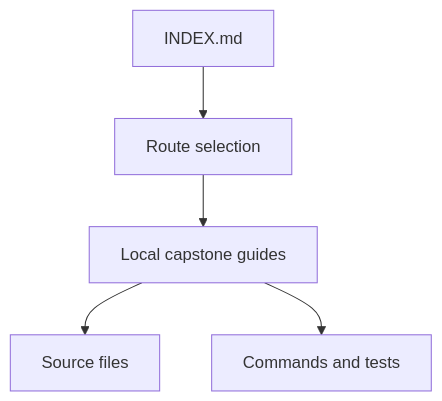
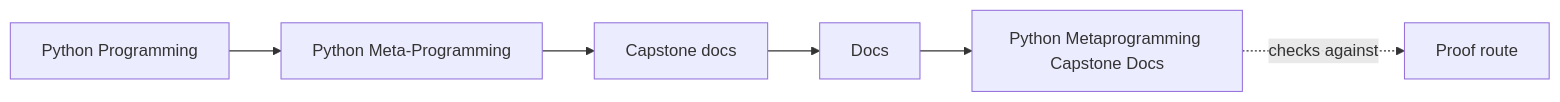
The first of 2 diagrams in programs/python-programming/python-meta-programming/capstone/docs/index.md (bijux/bijux-masterclass), drawn with Mermaid before and after one commit. The commit also changed other lines of this file and 91 other files, not shown here.

Commit message:
docs(python-meta-programming): map advanced runtime and capstone surfaces

````diff
--- a/programs/python-programming/python-meta-programming/capstone/docs/index.md
+++ b/programs/python-programming/python-meta-programming/capstone/docs/index.md
@@ -6,12 +6,12 @@
 ```mermaid
-graph TD
-  guide["INDEX.md"]
-  route["Route selection"]
-  local["Local capstone guides"]
-  code["Source files"]
-  proof["Commands and tests"]
+graph LR
+  family["Python Programming"]
+  program["Python Meta-Programming"]
+  guide["Capstone docs"]
+  section["Docs"]
+  page["Python Metaprogramming Capstone Docs"]
+  proof["Proof route"]
 
-  guide --> route --> local
-  local --> code
-  local --> proof
+  family --> program --> guide --> section --> page
+  page -.checks against.-> proof
 ```
````
